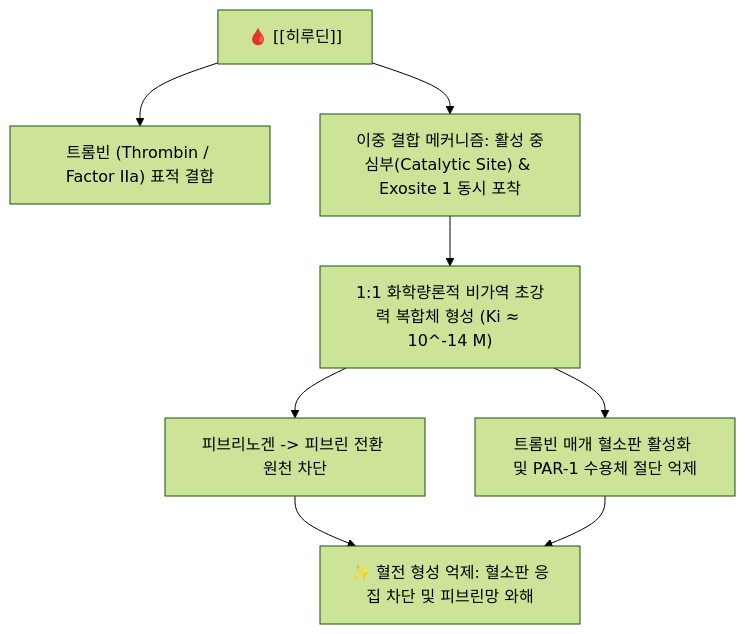
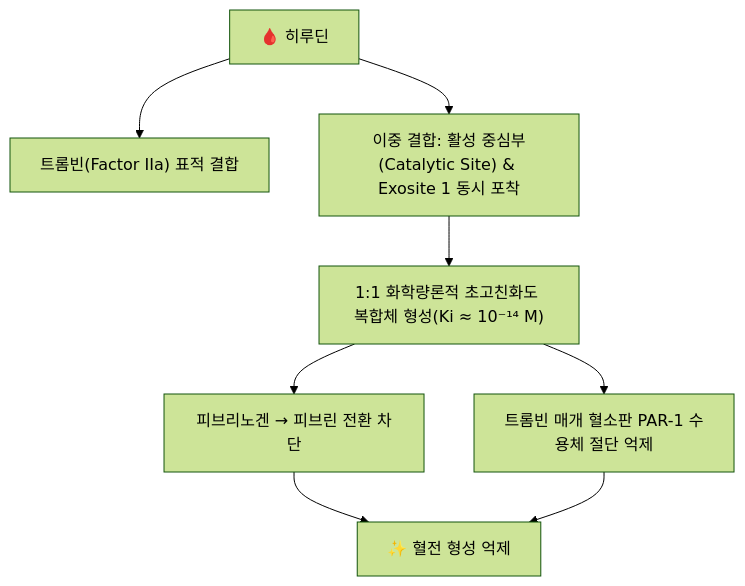
One commit to simbio11/simbio-digital-garden2 changed the diagram in content/2. 약리 공부/약리성분/09_단백질_효소_내인성분자/히루딘.md. Above: the diagram before and after it, drawn with Mermaid (forest theme). The commit also changed other lines of this file and 324 other files, not shown here.

````diff
--- a/content/2. 약리 공부/약리성분/09_단백질_효소_내인성분자/히루딘.md
+++ b/content/2. 약리 공부/약리성분/09_단백질_효소_내인성분자/히루딘.md
@@ -44,10 +60,10 @@
 ```mermaid
 graph TD
-    HR["🩸 [[히루딘]]"] --> Thrombin["트롬빈 (Thrombin / Factor IIa) 표적 결합"]
-    HR --> Dual["이중 결합 메커니즘: 활성 중심부(Catalytic Site) & Exosite 1 동시 포착"]
-    Dual --> Comp["1:1 화학량론적 비가역 초강력 복합체 형성 (Ki ≈ 10^-14 M)"]
-    Comp --> BlockFib["피브리노겐 -> 피브린 전환 원천 차단"]
-    Comp --> BlockPlt["트롬빈 매개 혈소판 활성화 및 PAR-1 수용체 절단 억제"]
-    BlockFib --> AntiThromb["✨ 혈전 형성 억제: 혈소판 응집 차단 및 피브린망 와해"]
+    HR["🩸 히루딘"] --> Thrombin["트롬빈(Factor IIa) 표적 결합"]
+    HR --> Dual["이중 결합: 활성 중심부(Catalytic Site) & Exosite 1 동시 포착"]
+    Dual --> Comp["1:1 화학량론적 초고친화도 복합체 형성(Ki ≈ 10⁻¹⁴ M)"]
+    Comp --> BlockFib["피브리노겐 → 피브린 전환 차단"]
+    Comp --> BlockPlt["트롬빈 매개 혈소판 PAR-1 수용체 절단 억제"]
+    BlockFib --> AntiThromb["✨ 혈전 형성 억제"]
     BlockPlt --> AntiThromb
 ```
````
